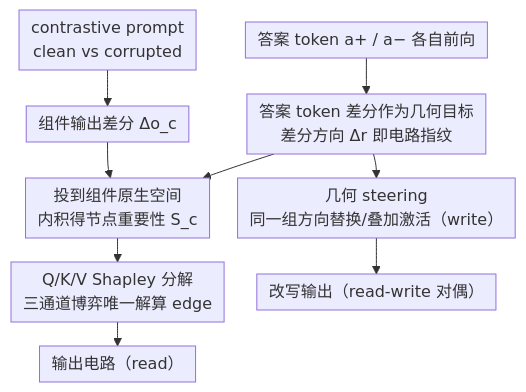
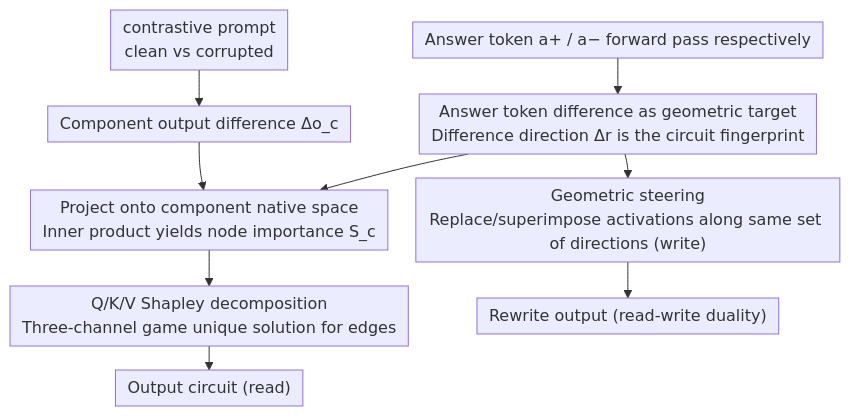
The diagram in docs/ICML2026/interpretability/circuit_fingerprints_how_answer_tokens_encode_their_geometrical_path.md (zhaoyang97/Paper-Notes-en), drawn with Mermaid before and after one commit. The commit also changed 644 other files, not shown here.

````diff
--- a/docs/ICML2026/interpretability/circuit_fingerprints_how_answer_tokens_encode_their_geometrical_path.md
+++ b/docs/ICML2026/interpretability/circuit_fingerprints_how_answer_tokens_encode_their_geometrical_path.md
@@ -47,12 +47,12 @@
 ```mermaid
 %%{init: {'flowchart': {'rankSpacing': 24, 'nodeSpacing': 28, 'padding': 6, 'wrappingWidth': 400}}}%%
 flowchart TD
-    A["答案 token a+ / a− 各自前向"] --> B["答案 token 差分作为几何目标<br/>差分方向 Δr 即电路指纹"]
-    P["contrastive prompt<br/>clean vs corrupted"] --> C["组件输出差分 Δo_c"]
-    B --> D["投到组件原生空间<br/>内积得节点重要性 S_c"]
+    A["Answer token a+ / a− forward pass respectively"] --> B["Answer token difference as geometric target<br/>Difference direction Δr is the circuit fingerprint"]
+    P["contrastive prompt<br/>clean vs corrupted"] --> C["Component output difference Δo_c"]
+    B --> D["Project onto component native space<br/>Inner product yields node importance S_c"]
     C --> D
-    D --> E["Q/K/V Shapley 分解<br/>三通道博弈唯一解算 edge"]
-    E --> F["输出电路（read）"]
-    B --> G["几何 steering<br/>同一组方向替换/叠加激活（write）"]
-    G --> H["改写输出（read-write 对偶）"]
+    D --> E["Q/K/V Shapley decomposition<br/>Three-channel game unique solution for edges"]
+    E --> F["Output circuit (read)"]
+    B --> G["Geometric steering<br/>Replace/superimpose activations along same set of directions (write)"]
+    G --> H["Rewrite output (read-write duality)"]
 ```
````
